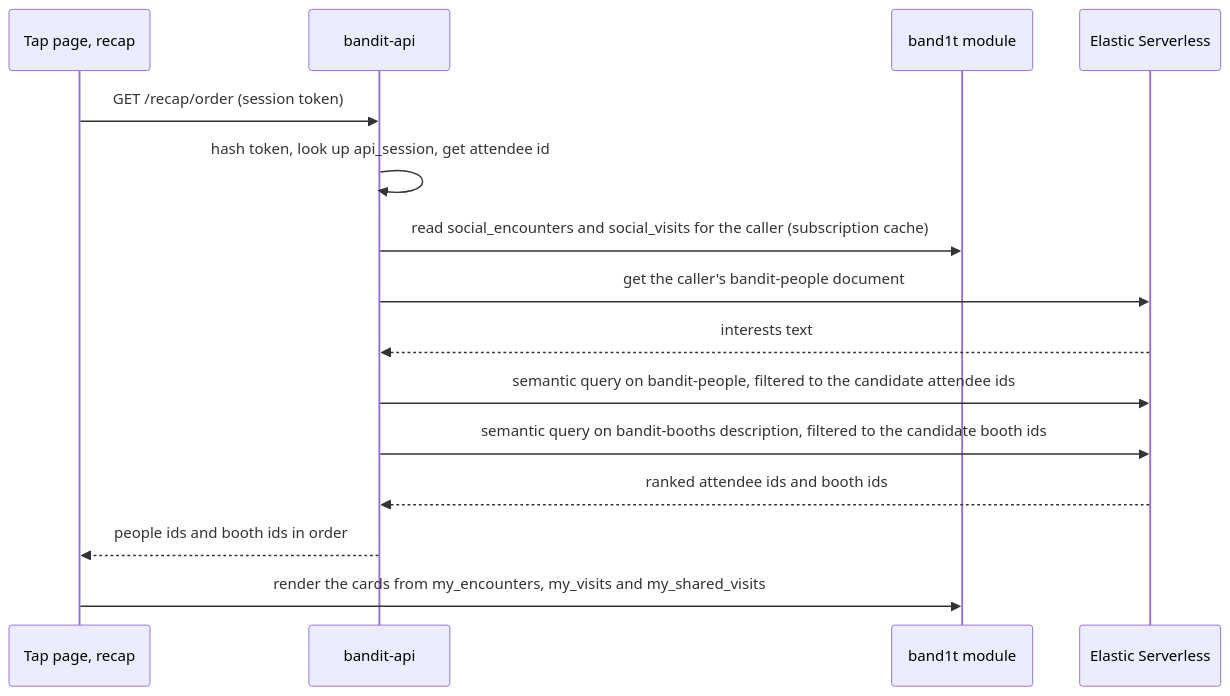
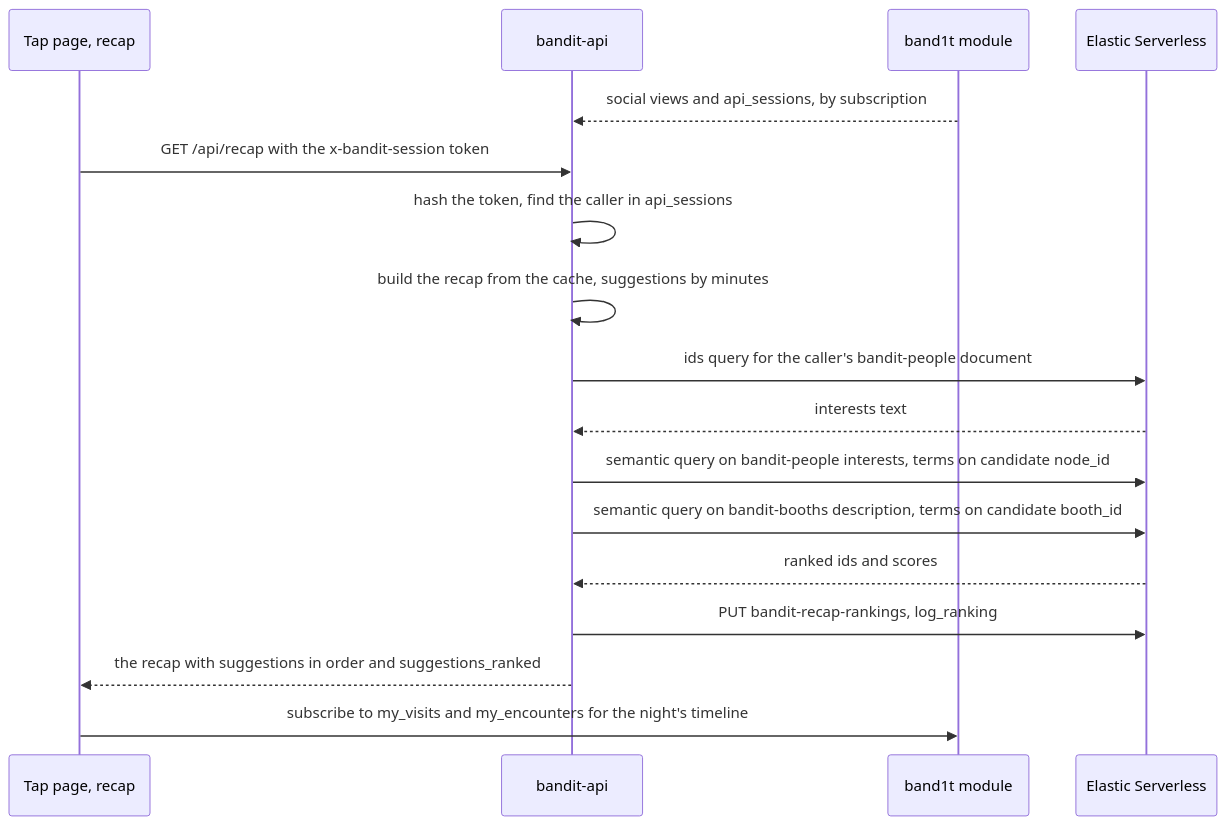
The sixth of 7 diagrams in System Design/7-integrations/Elastic.md (viktorinkov/cal-hacks-13), drawn with Mermaid before and after one commit. The commit also changed other lines of this file and 4 other files, not shown here.

````diff
--- a/System Design/7-integrations/Elastic.md
+++ b/System Design/7-integrations/Elastic.md
@@ -345,17 +494,19 @@
 ```mermaid
 sequenceDiagram
   participant APP as Tap page, recap
   participant API as bandit-api
   participant STDB as band1t module
   participant ES as Elastic Serverless
-  APP->>API: GET /recap/order (session token)
-  API->>API: hash token, look up api_session, get attendee id
-  API->>STDB: read social_encounters and social_visits for the caller (subscription cache)
-  API->>ES: get the caller's bandit-people document
+  STDB-->>API: social views and api_sessions, by subscription
+  APP->>API: GET /api/recap with the x-bandit-session token
+  API->>API: hash the token, find the caller in api_sessions
+  API->>API: build the recap from the cache, suggestions by minutes
+  API->>ES: ids query for the caller's bandit-people document
   ES-->>API: interests text
-  API->>ES: semantic query on bandit-people, filtered to the candidate attendee ids
-  API->>ES: semantic query on bandit-booths description, filtered to the candidate booth ids
-  ES-->>API: ranked attendee ids and booth ids
-  API-->>APP: people ids and booth ids in order
-  APP->>STDB: render the cards from my_encounters, my_visits and my_shared_visits
+  API->>ES: semantic query on bandit-people interests, terms on candidate node_id
+  API->>ES: semantic query on bandit-booths description, terms on candidate booth_id
+  ES-->>API: ranked ids and scores
+  API->>ES: PUT bandit-recap-rankings, log_ranking
+  API-->>APP: the recap with suggestions in order and suggestions_ranked
+  APP->>STDB: subscribe to my_visits and my_encounters for the night's timeline
 ```
````
